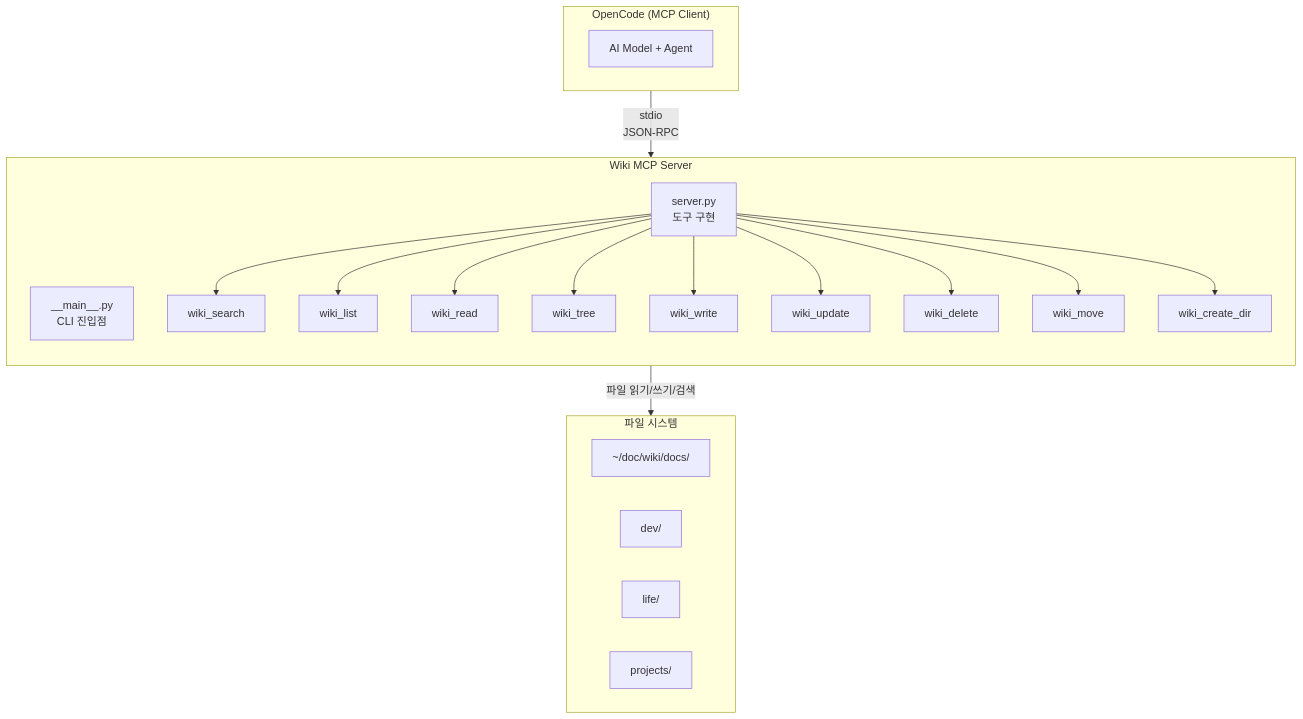
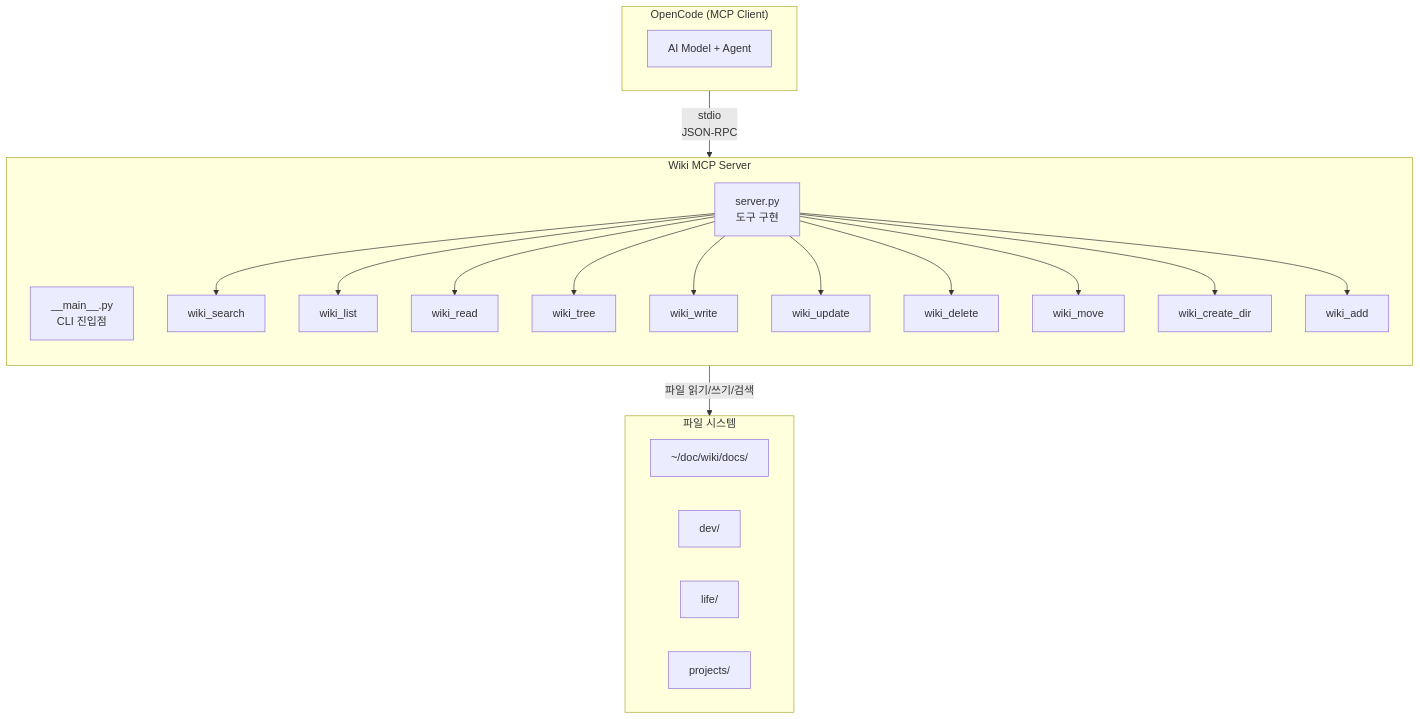
One commit to icarus-inte01/wiki changed the first of 9 diagrams in docs/projects/wiki-mcp.md. Above: the diagram before and after it, drawn with Mermaid. The commit also changed other lines of this file, not shown here.

Commit message:
docs: update wiki-mcp design doc with wiki_add tool (10 tools)

````diff
--- a/docs/projects/wiki-mcp.md
+++ b/docs/projects/wiki-mcp.md
@@ -11,31 +11,32 @@
 ```mermaid
 flowchart TB
     subgraph OP["OpenCode (MCP Client)"]
         AI["AI Model + Agent"]
     end
 
     subgraph WIKI["Wiki MCP Server"]
         direction TB
         MAIN["__main__.py<br/>CLI 진입점"]
         SERVER["server.py<br/>도구 구현"]
         SERVER --> SEARCH["wiki_search"]
         SERVER --> LIST["wiki_list"]
         SERVER --> READ["wiki_read"]
         SERVER --> TREE["wiki_tree"]
         SERVER --> WRITE["wiki_write"]
         SERVER --> UPDATE["wiki_update"]
         SERVER --> DELETE["wiki_delete"]
         SERVER --> MOVE["wiki_move"]
         SERVER --> MKDIR["wiki_create_dir"]
+        SERVER --> ADD["wiki_add"]
     end
 
     subgraph FS["파일 시스템"]
         DOCS["~/doc/wiki/docs/"]
         DEV["dev/"]
         LIFE["life/"]
         PROJ["projects/"]
     end
 
     OP -->|"stdio<br/>JSON-RPC"| MAIN
     SERVER -->|"파일 읽기/쓰기/검색"| FS
 ```
````
